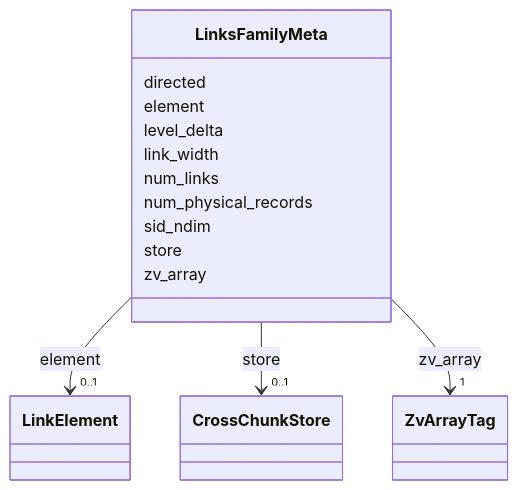
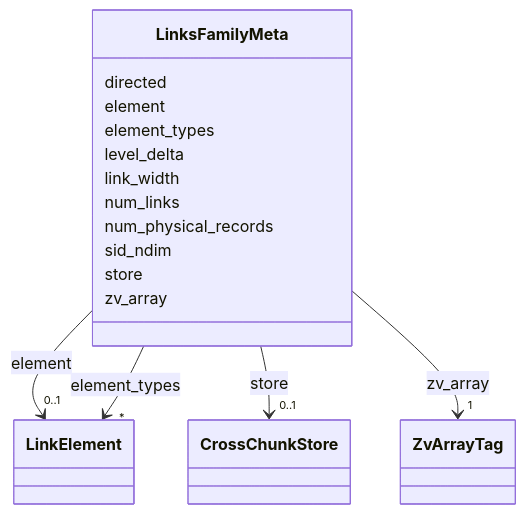
One commit to AllenInstitute/zarr-vectors-py changed diagram 13 of 18 in schema/reference.md. Above: the diagram before and after it, drawn with Mermaid. The commit also changed other lines of this file and 14 other files, not shown here.

````diff
--- a/schema/reference.md
+++ b/schema/reference.md
@@ -4222,51 +4227,62 @@
 ```mermaid
  classDiagram
     class LinksFamilyMeta
     click LinksFamilyMeta href "../LinksFamilyMeta/"
       LinksFamilyMeta : directed
         
       LinksFamilyMeta : element
         
           
     
         
         
         LinksFamilyMeta --> "0..1" LinkElement : element
+        click LinkElement href "../LinkElement/"
+    
+
+        
+      LinksFamilyMeta : element_types
+        
+          
+    
+        
+        
+        LinksFamilyMeta --> "*" LinkElement : element_types
         click LinkElement href "../LinkElement/"
     
 
         
       LinksFamilyMeta : level_delta
         
       LinksFamilyMeta : link_width
         
       LinksFamilyMeta : num_links
         
       LinksFamilyMeta : num_physical_records
         
       LinksFamilyMeta : sid_ndim
         
       LinksFamilyMeta : store
         
           
     
         
         
         LinksFamilyMeta --> "0..1" CrossChunkStore : store
         click CrossChunkStore href "../CrossChunkStore/"
     
 
         
       LinksFamilyMeta : zv_array
         
           
     
         
         
         LinksFamilyMeta --> "1" ZvArrayTag : zv_array
         click ZvArrayTag href "../ZvArrayTag/"
     
 
         
       
 ```
````
